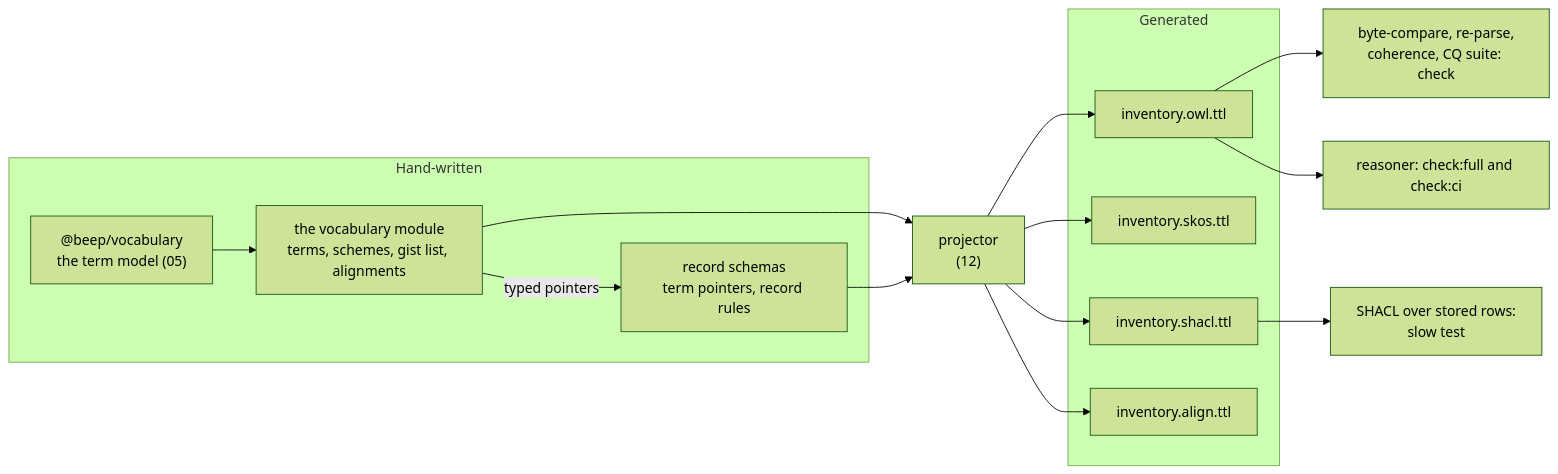
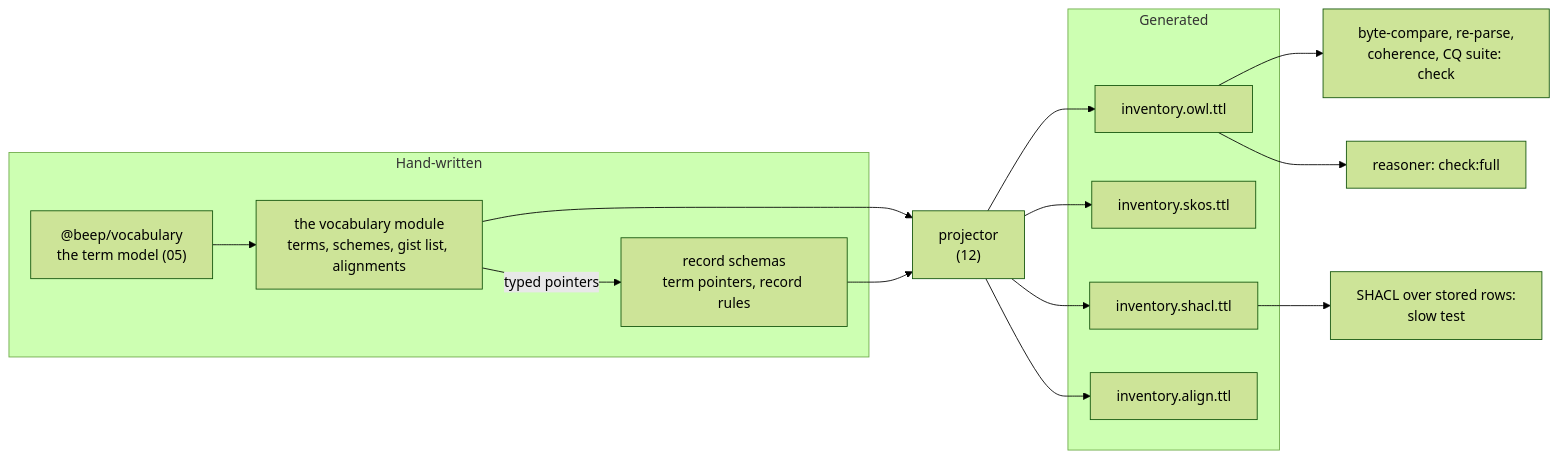
The diagram in explorations/erp-ontology/BRIEF.md (kriegcloud/inventory-import), drawn with Mermaid (forest theme) before and after one commit. The commit also changed other lines of this file and 13 other files, not shown here.

````diff
--- a/explorations/erp-ontology/BRIEF.md
+++ b/explorations/erp-ontology/BRIEF.md
@@ -177,22 +200,22 @@
 ```mermaid
 flowchart LR
   subgraph Hand-written
     M["@beep/vocabulary<br/>the term model (05)"]
     V["the vocabulary module<br/>terms, schemes, gist list, alignments"]
     R["record schemas<br/>term pointers, record rules"]
   end
   subgraph Generated
     O["inventory.owl.ttl"]
     S["inventory.skos.ttl"]
     H["inventory.shacl.ttl"]
     A["inventory.align.ttl"]
   end
   M --> V
   V -- typed pointers --> R
   V --> P["projector<br/>(12)"]
   R --> P
   P --> O & S & H & A
   O --> G1["byte-compare, re-parse,<br/>coherence, CQ suite: check"]
-  O --> G2["reasoner: check:full and check:ci"]
+  O --> G2["reasoner: check:full"]
   H --> G3["SHACL over stored rows:<br/>slow test"]
 ```
````
